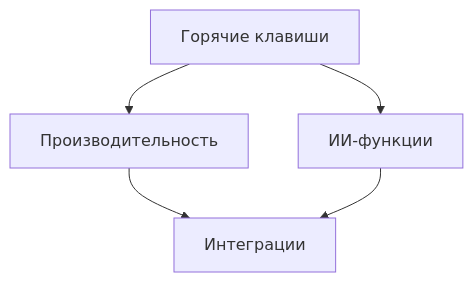
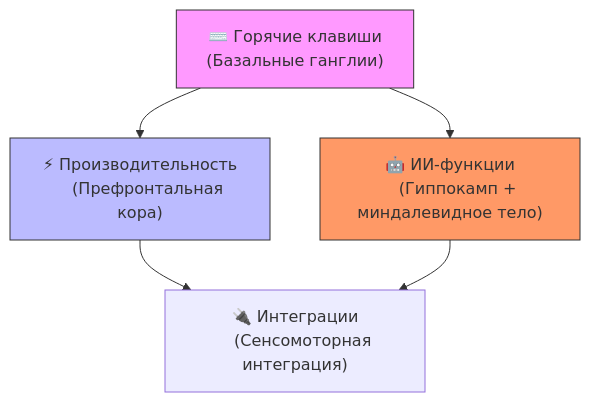
The diagram in best-practices/README.md (AAChibilyaev/cursor-docs-ru), drawn with Mermaid before and after one commit. The commit also changed other lines of this file and 3 other files, not shown here.

````diff
--- a/best-practices/README.md
+++ b/best-practices/README.md
@@ -3,7 +3,14 @@
 ```mermaid
 flowchart TB
-    A[Горячие клавиши] --> B[Производительность]
-    A --> C[ИИ-функции]
-    B --> D[Интеграции]
+    A["⌨️ Горячие клавиши
+    (Базальные ганглии)"] --> B["⚡ Производительность
+    (Префронтальная кора)"]
+    A --> C["🤖 ИИ-функции
+    (Гиппокамп + миндалевидное тело)"]
+    B --> D["🔌 Интеграции
+    (Сенсомоторная интеграция)"]
     C --> D
+    style A fill:#f9f,stroke:#333
+    style B fill:#bbf,stroke:#333
+    style C fill:#f96,stroke:#333
 ```
````
